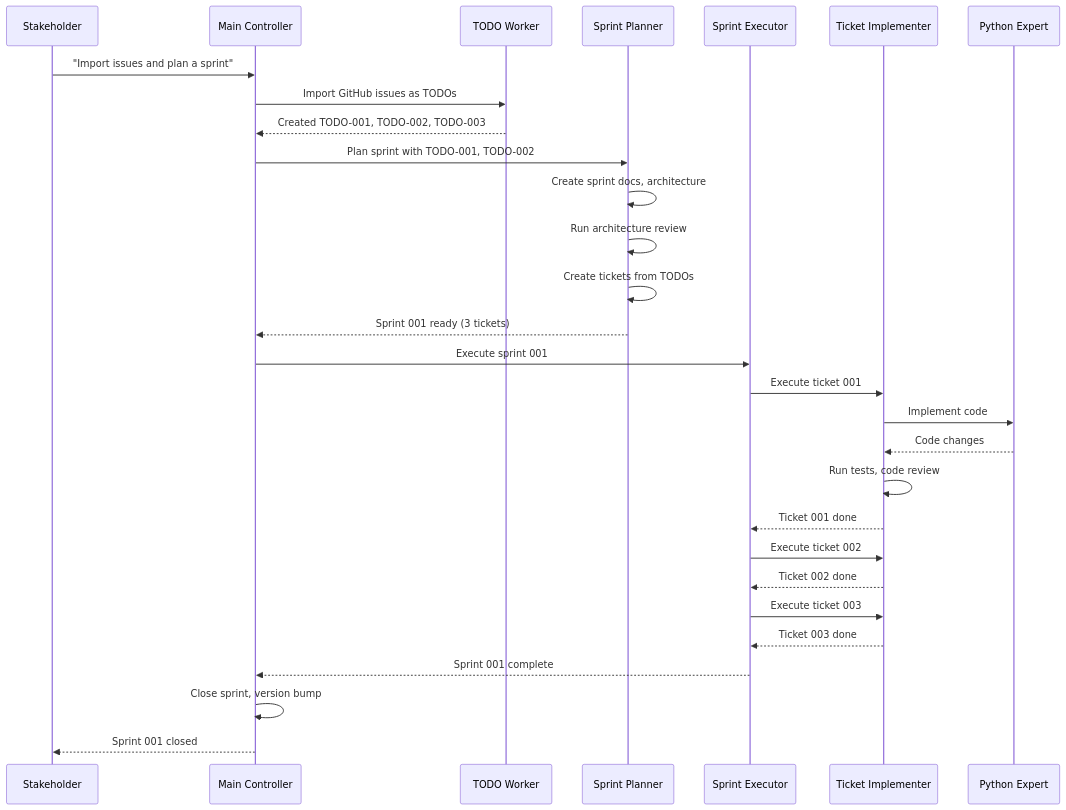
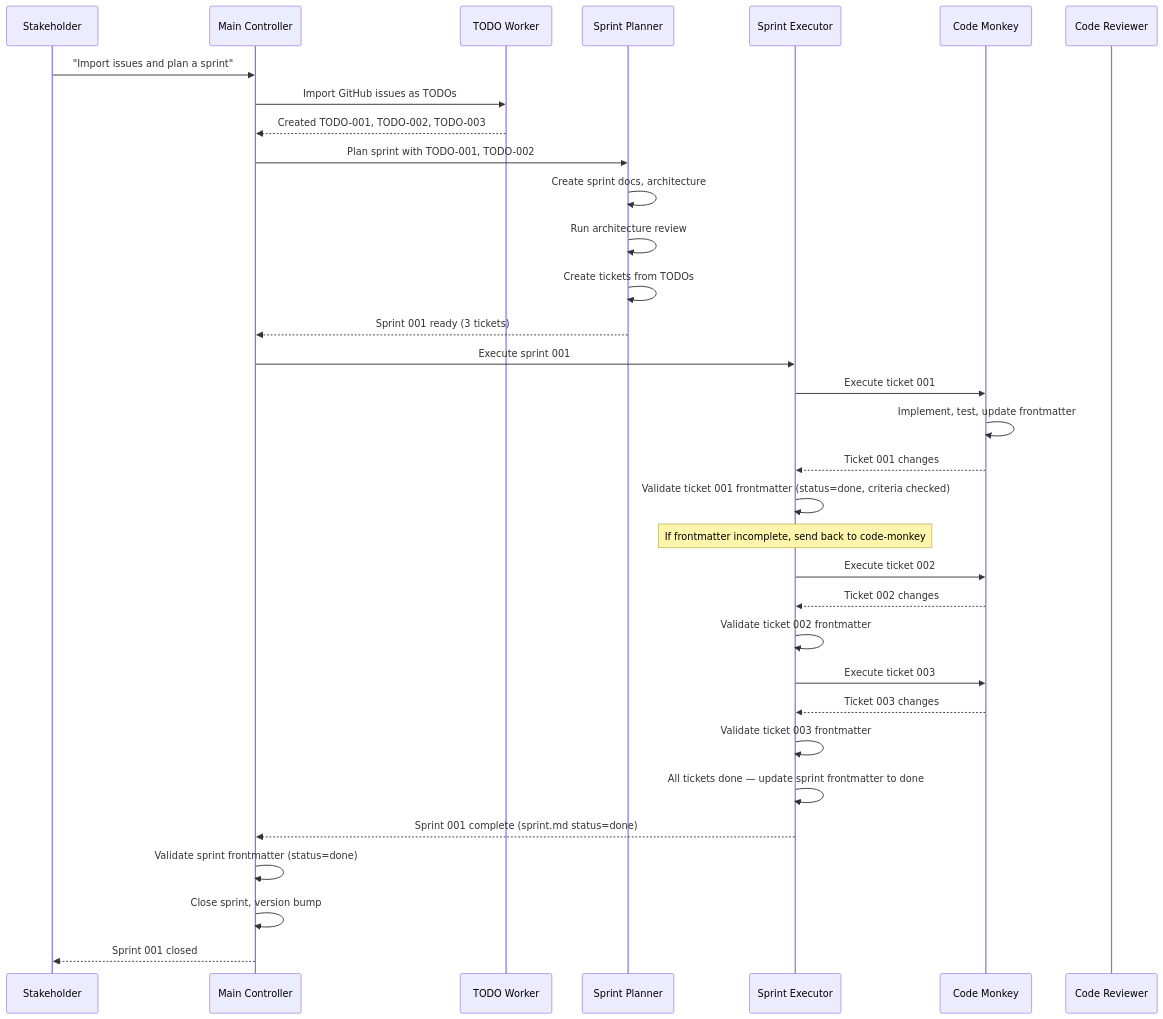
One commit to ericbusboom/claude-agent-skills changed the fourth of 4 diagrams in docs/clasi/sprints/001-process-compliance-via-rules-and-scoped-subagents/pc-architecture.md. Above: the diagram before and after it, drawn with Mermaid. The commit also changed other lines of this file, not shown here.

First line of the commit message:
docs: rename python-expert to code-monkey, collapse tier 3, add validation flow

````diff
--- a/docs/clasi/sprints/001-process-compliance-via-rules-and-scoped-subagents/pc-architecture.md
+++ b/docs/clasi/sprints/001-process-compliance-via-rules-and-scoped-subagents/pc-architecture.md
@@ -330,37 +319,42 @@
 ```mermaid
 sequenceDiagram
     participant S as Stakeholder
     participant MC as Main Controller
     participant TW as TODO Worker
     participant SP as Sprint Planner
     participant SE as Sprint Executor
-    participant TI as Ticket Implementer
-    participant PY as Python Expert
+    participant CM as Code Monkey
+    participant CR as Code Reviewer
 
     S->>MC: "Import issues and plan a sprint"
     MC->>TW: Import GitHub issues as TODOs
     TW-->>MC: Created TODO-001, TODO-002, TODO-003
 
     MC->>SP: Plan sprint with TODO-001, TODO-002
     SP->>SP: Create sprint docs, architecture
     SP->>SP: Run architecture review
     SP->>SP: Create tickets from TODOs
     SP-->>MC: Sprint 001 ready (3 tickets)
 
     MC->>SE: Execute sprint 001
-    SE->>TI: Execute ticket 001
-    TI->>PY: Implement code
-    PY-->>TI: Code changes
-    TI->>TI: Run tests, code review
-    TI-->>SE: Ticket 001 done
+    SE->>CM: Execute ticket 001
+    CM->>CM: Implement, test, update frontmatter
+    CM-->>SE: Ticket 001 changes
+    SE->>SE: Validate ticket 001 frontmatter (status=done, criteria checked)
+    Note over SE: If frontmatter incomplete, send back to code-monkey
 
-    SE->>TI: Execute ticket 002
-    TI-->>SE: Ticket 002 done
+    SE->>CM: Execute ticket 002
+    CM-->>SE: Ticket 002 changes
+    SE->>SE: Validate ticket 002 frontmatter
 
-    SE->>TI: Execute ticket 003
-    TI-->>SE: Ticket 003 done
+    SE->>CM: Execute ticket 003
+    CM-->>SE: Ticket 003 changes
+    SE->>SE: Validate ticket 003 frontmatter
 
-    SE-->>MC: Sprint 001 complete
+    SE->>SE: All tickets done — update sprint frontmatter to done
+    SE-->>MC: Sprint 001 complete (sprint.md status=done)
+
+    MC->>MC: Validate sprint frontmatter (status=done)
     MC->>MC: Close sprint, version bump
     MC-->>S: Sprint 001 closed
 ```
````
